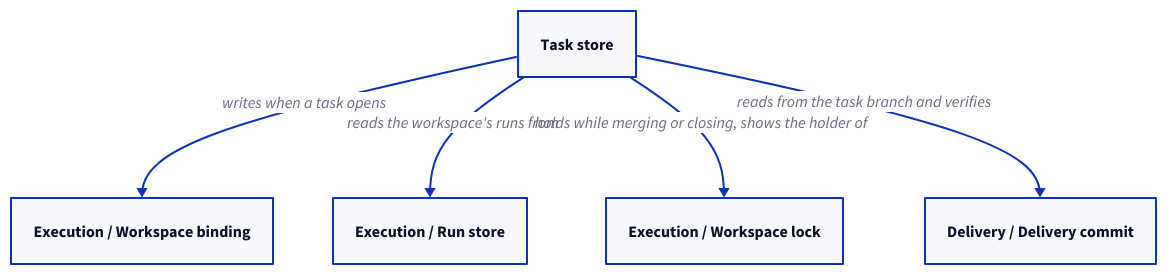
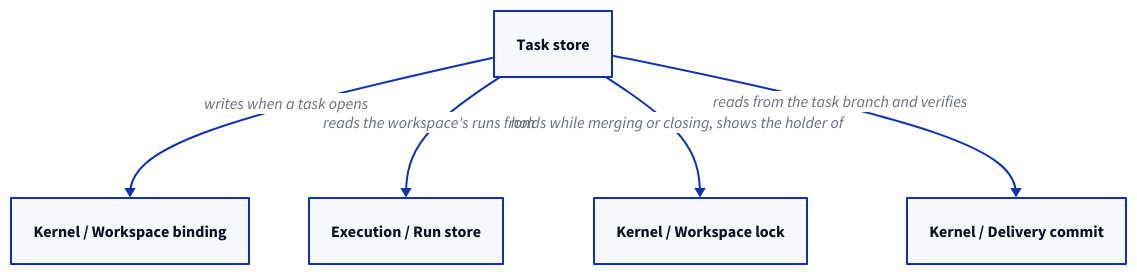
The third of 4 diagrams in specs/concorde/coordination/tasks/module.md (FTOD/concorde), drawn with D2 before and after one commit. The commit also changed other lines of this file and 109 other files, not shown here.

````diff
--- a/specs/concorde/coordination/tasks/module.md
+++ b/specs/concorde/coordination/tasks/module.md
@@ -186,11 +212,11 @@
 ```d2
 store: Task store
-binding: Execution / Workspace binding
+binding: Kernel / Workspace binding
 runstore: Execution / Run store
-lock: Execution / Workspace lock
-commits: Delivery / Delivery commit
+lock: Kernel / Workspace lock
+commits: Kernel / Delivery commit
 store -> binding: writes when a task opens
 store -> runstore: reads the workspace's runs from
 store -> lock: holds while merging or closing, shows the holder of
 store -> commits: reads from the task branch and verifies
 ```
````
